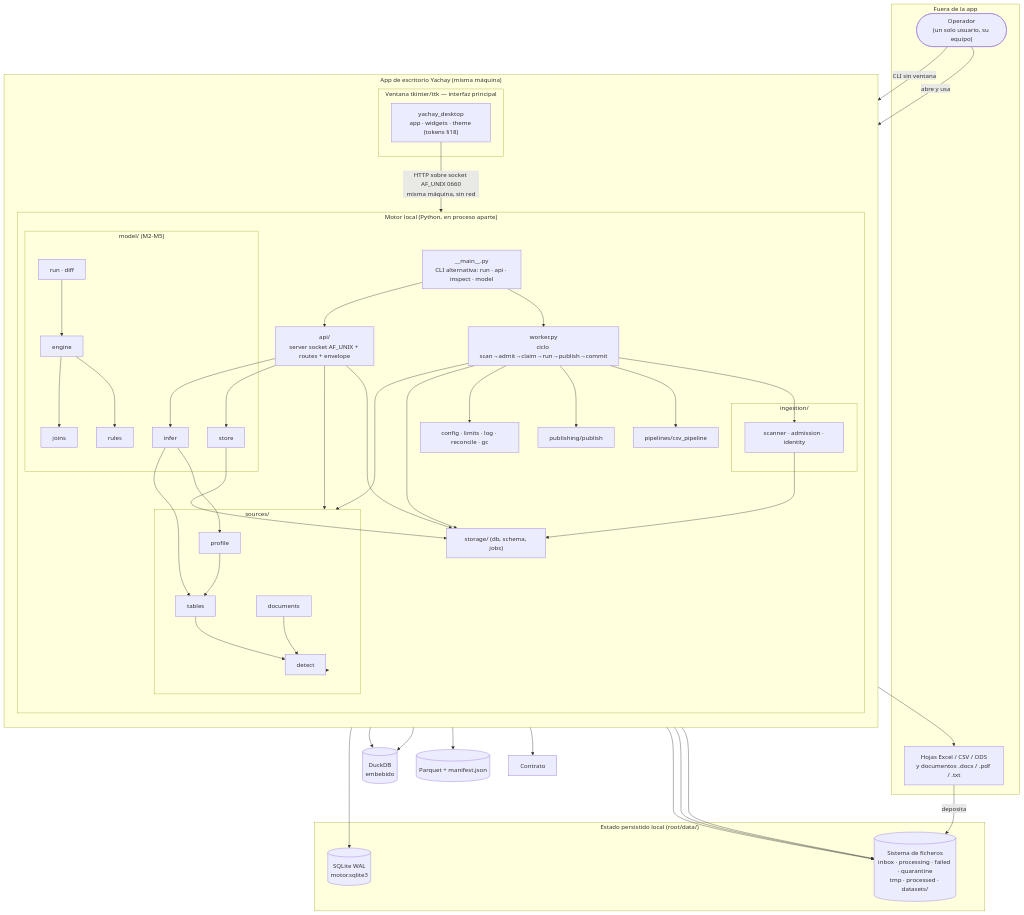
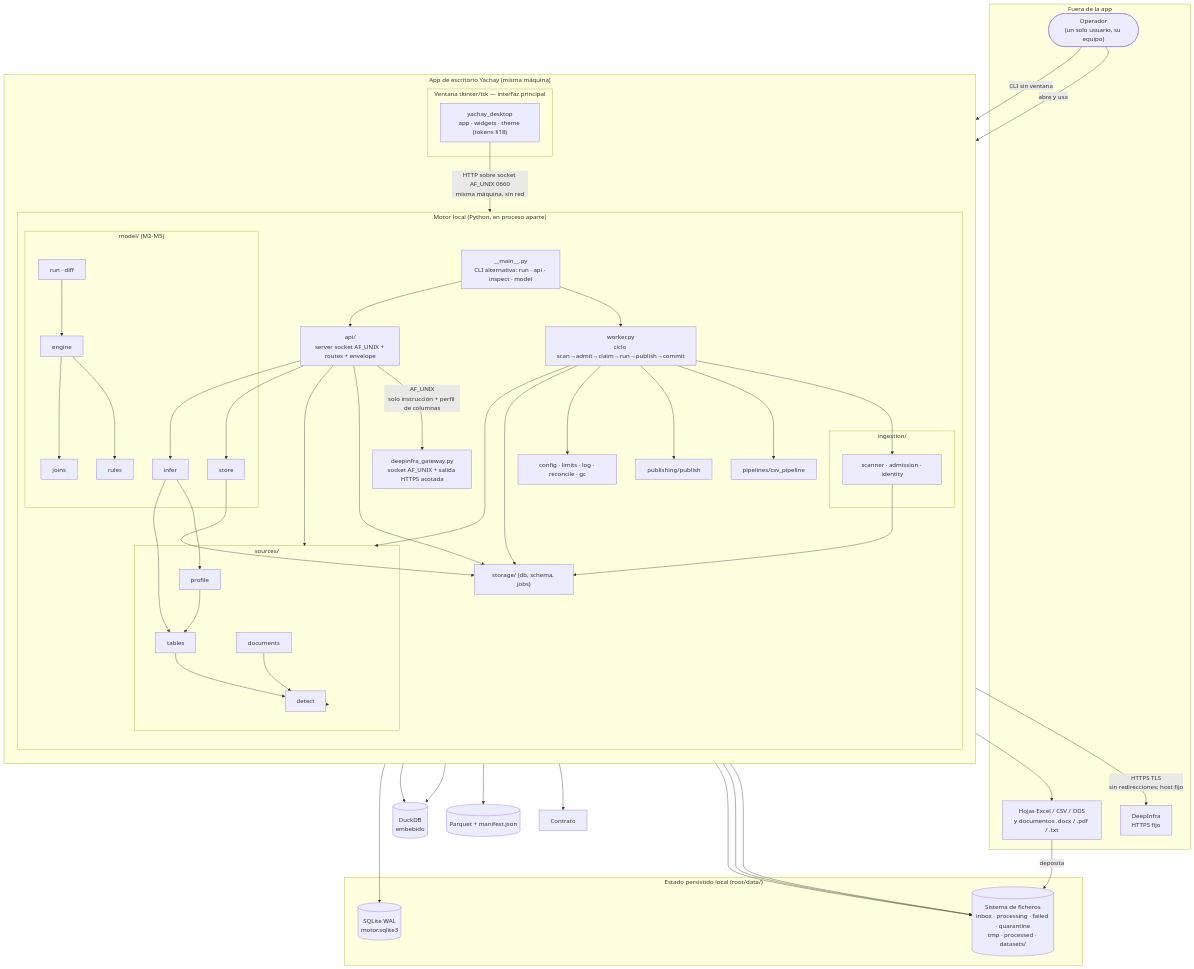
The first of 5 diagrams in docs/modelado/DIAGRAMAS-ARQUITECTURA.md (IA-Alex/Yachay), drawn with Mermaid before and after one commit. The commit also changed other lines of this file and 15 other files, not shown here.

Commit message:
feat: aislar acceso de DeepInfra

```diff
--- a/docs/modelado/DIAGRAMAS-ARQUITECTURA.md
+++ b/docs/modelado/DIAGRAMAS-ARQUITECTURA.md
@@ -48,6 +48,7 @@
     subgraph fuera["Fuera de la app"]
         Hojas["Hojas Excel / CSV / ODS<br/>y documentos .docx / .pdf / .txt"]
         Operador(["Operador<br/>(un solo usuario, su equipo)"])
+        Provider["DeepInfra<br/>HTTPS fijo"]
     end
 
     subgraph app["App de escritorio Yachay (misma máquina)"]
@@ -62,6 +63,7 @@
             CLI["__main__.py<br/>CLI alternativa: run · api · inspect · model"]
             Worker["worker.py<br/>ciclo scan→admit→claim→run→publish→commit"]
             API["api/<br/>server socket AF_UNIX + routes + envelope"]
+            Gateway["deepinfra_gateway.py<br/>socket AF_UNIX + salida HTTPS acotada"]
 
             subgraph ing["ingestion/"]
                 Scanner["scanner · admission · identity"]
@@ -103,6 +105,8 @@
     Operador -->|abre y usa| Desktop
     Operador -->|CLI sin ventana| CLI
     Desktop -->|HTTP sobre socket AF_UNIX 0660<br/>misma máquina, sin red| API
+    API -->|AF_UNIX<br/>solo instrucción + perfil de columnas| Gateway
+    Gateway -->|HTTPS TLS<br/>sin redirecciones; host fijo| Provider
     CLI --> Worker
     CLI --> API
     CLI --> Contrato
```
